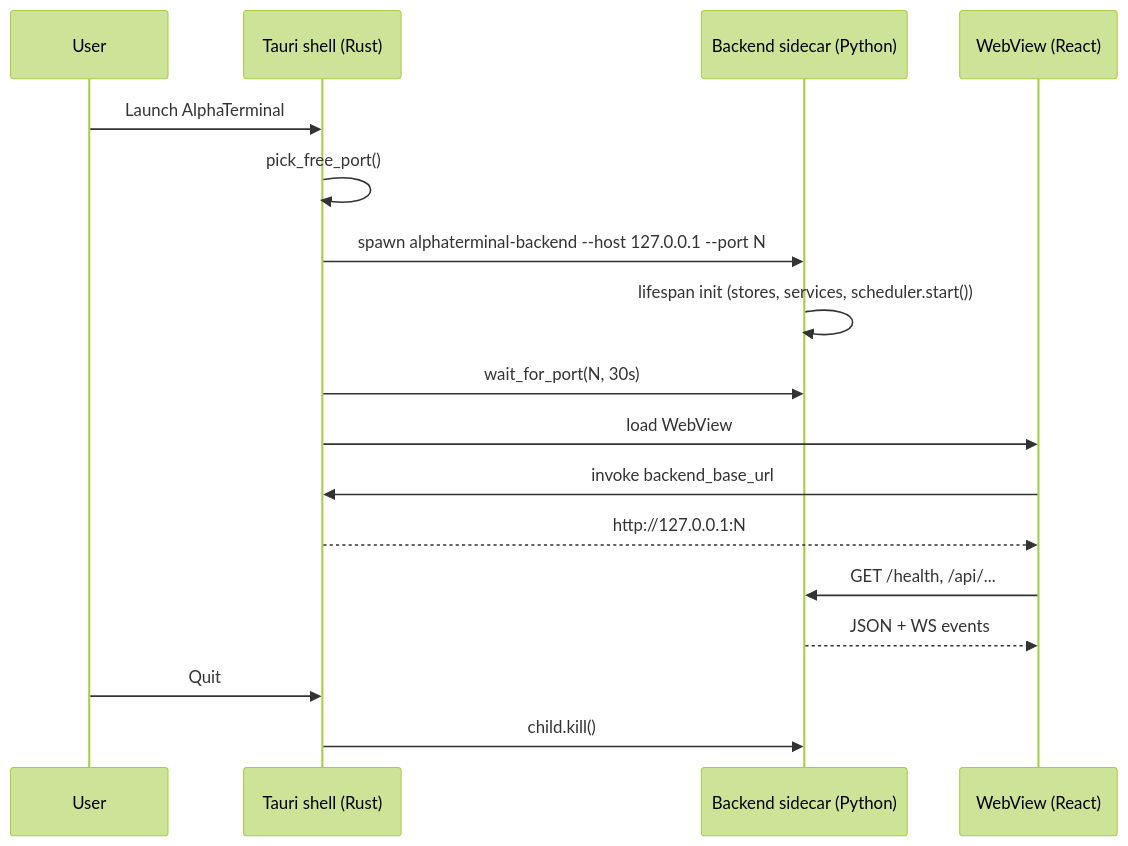
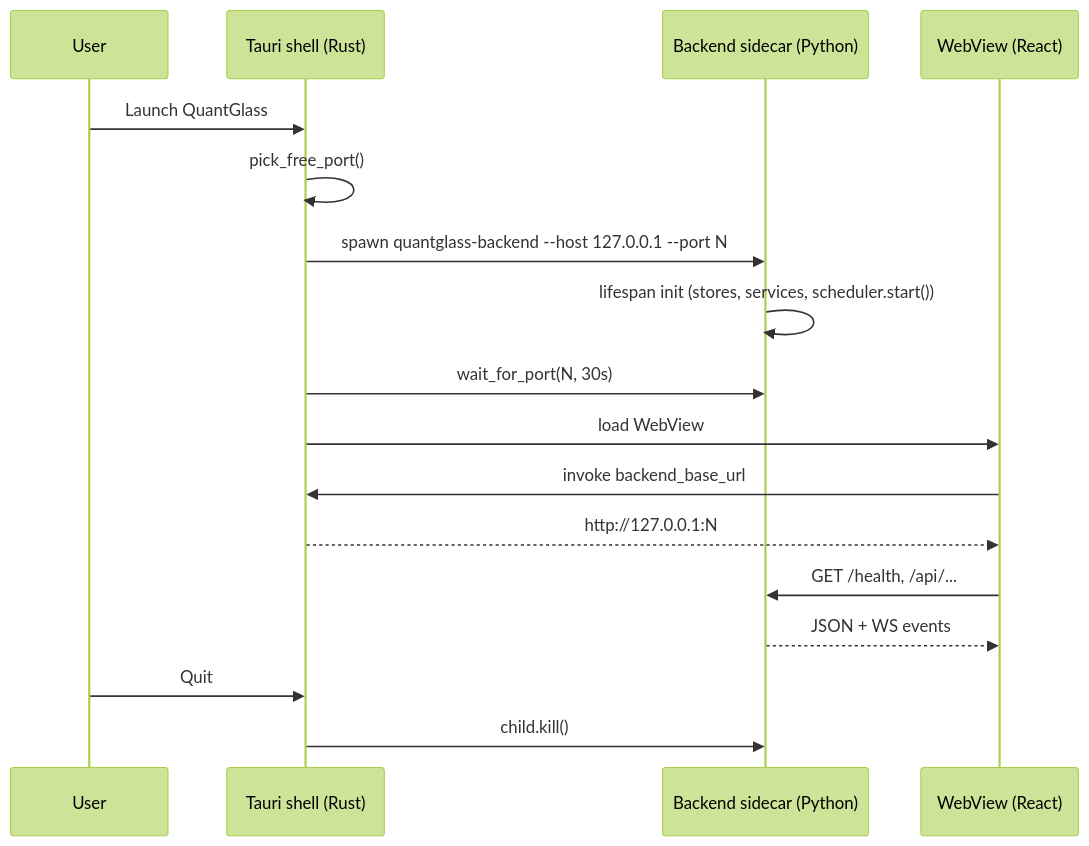
One commit to quantglass-labs/quantglass changed the diagram in docs/technical/01-architecture.md. Above: the diagram before and after it, drawn with Mermaid (forest theme). The commit also changed other lines of this file and 126 other files, not shown here.

Commit message:
Complete AGPL compliance and QuantGlass rename

````diff
--- a/docs/technical/01-architecture.md
+++ b/docs/technical/01-architecture.md
@@ -42,20 +42,20 @@
 ```mermaid
 sequenceDiagram
     participant User
     participant Tauri as Tauri shell (Rust)
     participant Sidecar as Backend sidecar (Python)
     participant UI as WebView (React)
 
-    User->>Tauri: Launch AlphaTerminal
+    User->>Tauri: Launch QuantGlass
     Tauri->>Tauri: pick_free_port()
-    Tauri->>Sidecar: spawn alphaterminal-backend --host 127.0.0.1 --port N
+    Tauri->>Sidecar: spawn quantglass-backend --host 127.0.0.1 --port N
     Sidecar->>Sidecar: lifespan init (stores, services, scheduler.start())
     Tauri->>Sidecar: wait_for_port(N, 30s)
     Tauri->>UI: load WebView
     UI->>Tauri: invoke backend_base_url
     Tauri-->>UI: http://127.0.0.1:N
     UI->>Sidecar: GET /health, /api/...
     Sidecar-->>UI: JSON + WS events
     User->>Tauri: Quit
     Tauri->>Sidecar: child.kill()
 ```
````
